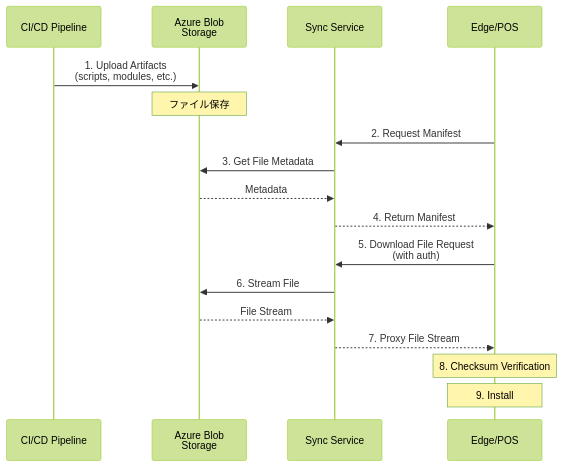
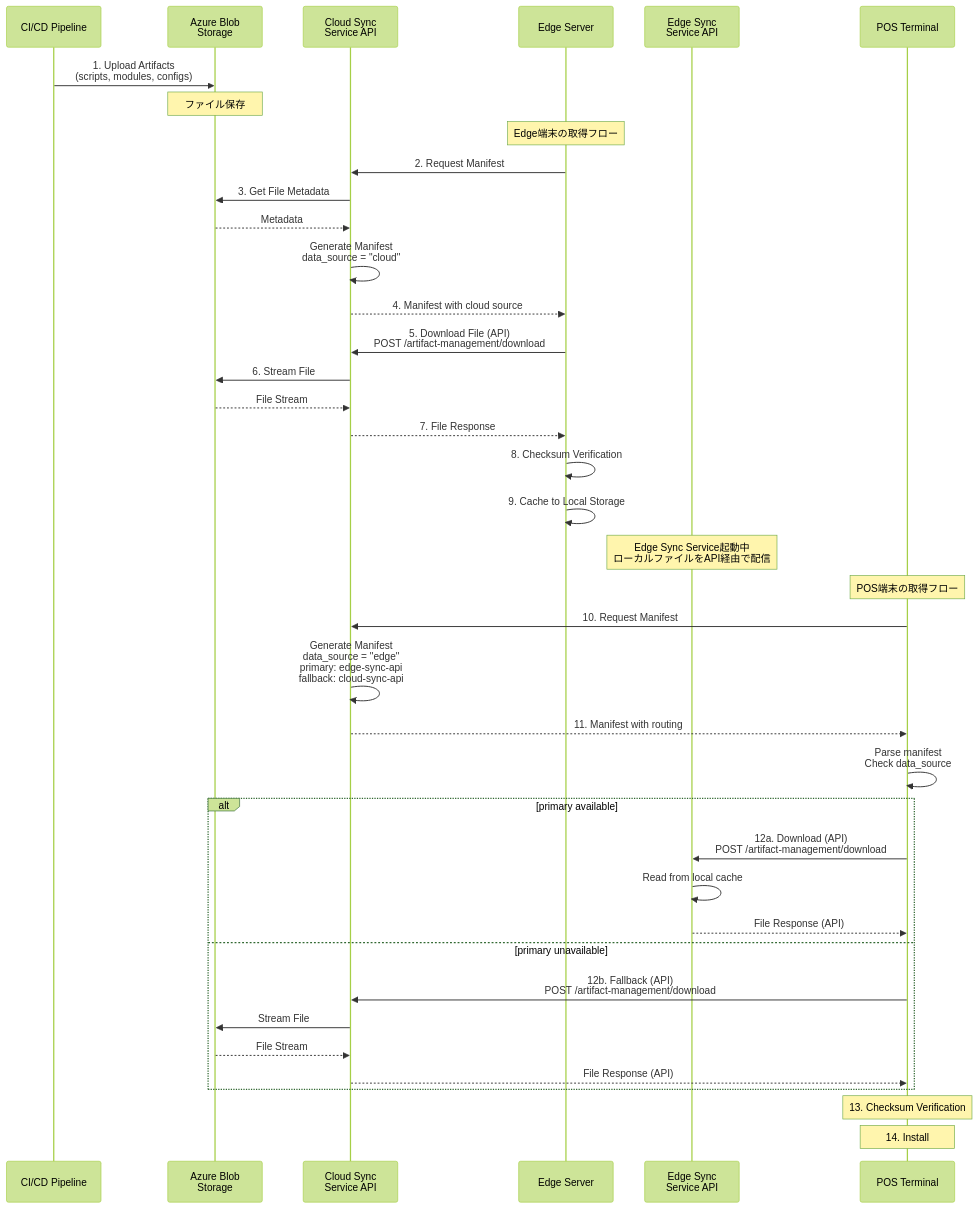
One commit to gaocuiping/kugelpos-stpos-docs-new changed the fifth of 14 diagrams in notes/2-upgrade/03_アーキテクチャ解説書.md. Above: the diagram before and after it, drawn with Mermaid (forest theme). The commit also changed other lines of this file and 2 other files, not shown here.

First line of the commit message:
docs: Update version check interval to 15 minutes

````diff
--- a/notes/2-upgrade/03_アーキテクチャ解説書.md
+++ b/notes/2-upgrade/03_アーキテクチャ解説書.md
@@ -437,23 +454,51 @@
 ```mermaid
 sequenceDiagram
     participant CI as CI/CD Pipeline
     participant BLOB as Azure Blob<br/>Storage
-    participant SYNC as Sync Service
-    participant EDGE as Edge/POS
+    participant CSYNC as Cloud Sync<br/>Service API
+    participant EDGE as Edge Server
+    participant ESYNC as Edge Sync<br/>Service API
+    participant POS as POS Terminal
 
-    CI->>BLOB: 1. Upload Artifacts<br/>(scripts, modules, etc.)
+    CI->>BLOB: 1. Upload Artifacts<br/>(scripts, modules, configs)
     Note over BLOB: ファイル保存
 
-    EDGE->>SYNC: 2. Request Manifest
-    SYNC->>BLOB: 3. Get File Metadata
-    BLOB-->>SYNC: Metadata
-    SYNC-->>EDGE: 4. Return Manifest
+    Note over EDGE: Edge端末の取得フロー
 
-    EDGE->>SYNC: 5. Download File Request<br/>(with auth)
-    SYNC->>BLOB: 6. Stream File
-    BLOB-->>SYNC: File Stream
-    SYNC-->>EDGE: 7. Proxy File Stream
+    EDGE->>CSYNC: 2. Request Manifest
+    CSYNC->>BLOB: 3. Get File Metadata
+    BLOB-->>CSYNC: Metadata
+    CSYNC->>CSYNC: Generate Manifest<br/>data_source = "cloud"
+    CSYNC-->>EDGE: 4. Manifest with cloud source
 
-    Note over EDGE: 8. Checksum Verification
-    Note over EDGE: 9. Install
+    EDGE->>CSYNC: 5. Download File (API)<br/>POST /artifact-management/download
+    CSYNC->>BLOB: 6. Stream File
+    BLOB-->>CSYNC: File Stream
+    CSYNC-->>EDGE: 7. File Response
+
+    EDGE->>EDGE: 8. Checksum Verification
+    EDGE->>EDGE: 9. Cache to Local Storage
+    Note over ESYNC: Edge Sync Service起動中<br/>ローカルファイルをAPI経由で配信
+
+    Note over POS: POS端末の取得フロー
+
+    POS->>CSYNC: 10. Request Manifest
+    CSYNC->>CSYNC: Generate Manifest<br/>data_source = "edge"<br/>primary: edge-sync-api<br/>fallback: cloud-sync-api
+    CSYNC-->>POS: 11. Manifest with routing
+
+    POS->>POS: Parse manifest<br/>Check data_source
+
+    alt primary available
+        POS->>ESYNC: 12a. Download (API)<br/>POST /artifact-management/download
+        ESYNC->>ESYNC: Read from local cache
+        ESYNC-->>POS: File Response (API)
+    else primary unavailable
+        POS->>CSYNC: 12b. Fallback (API)<br/>POST /artifact-management/download
+        CSYNC->>BLOB: Stream File
+        BLOB-->>CSYNC: File Stream
+        CSYNC-->>POS: File Response (API)
+    end
+
+    Note over POS: 13. Checksum Verification
+    Note over POS: 14. Install
 ```
````
